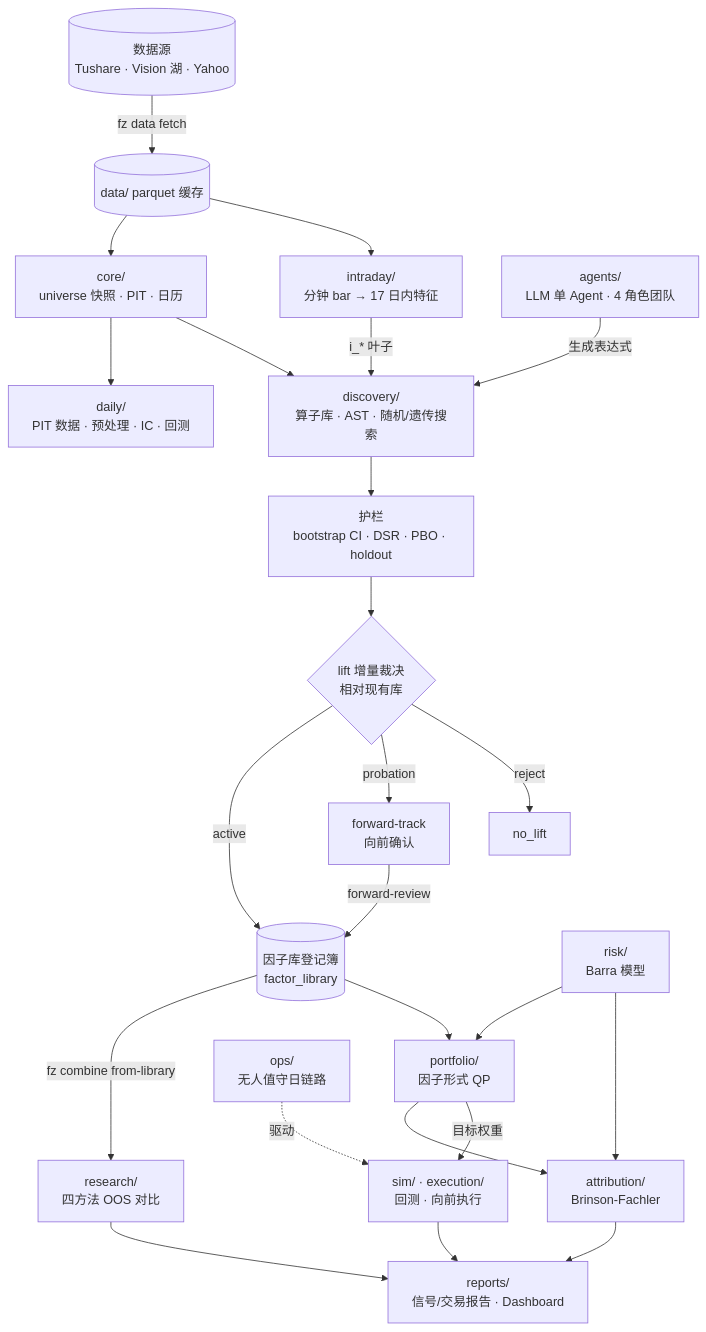
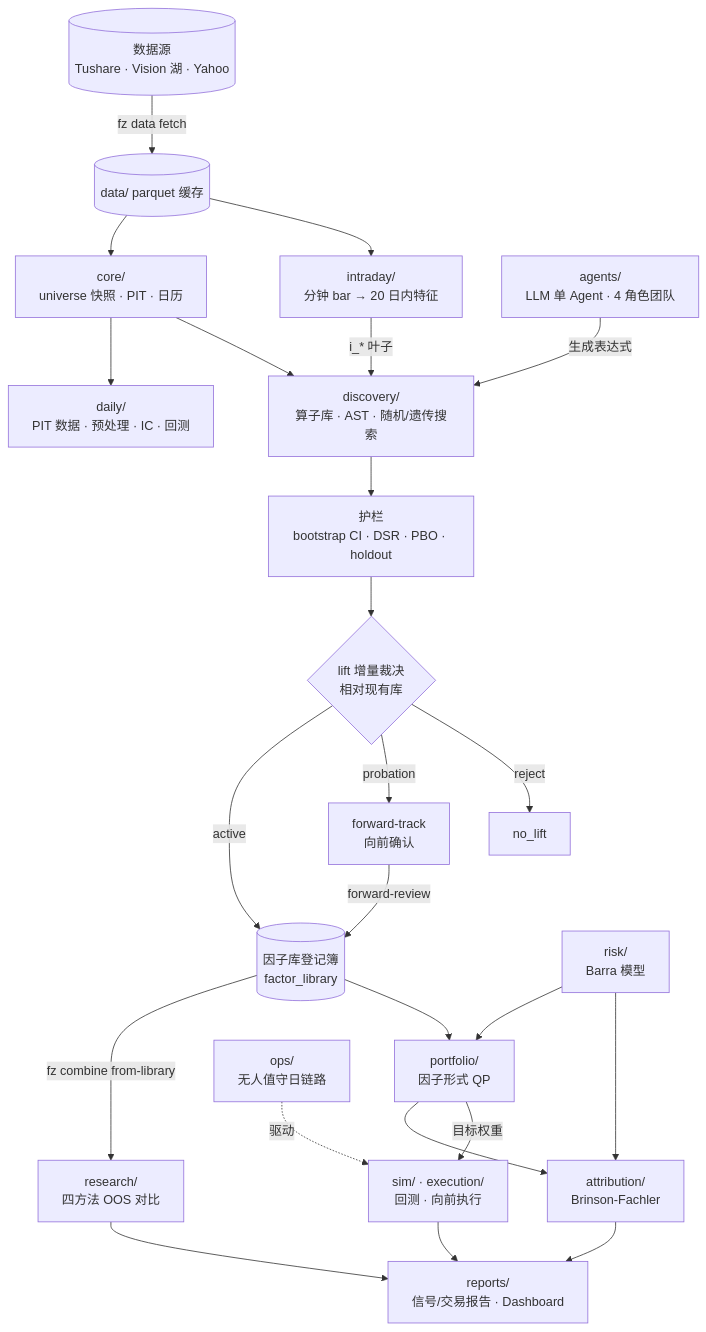
The diagram in docs/concepts/architecture.md (rookiewu417/FactorZen), drawn with Mermaid before and after one commit. The commit also changed other lines of this file and 24 other files, not shown here.

````diff
--- a/docs/concepts/architecture.md
+++ b/docs/concepts/architecture.md
@@ -59,31 +59,31 @@
 ```mermaid
 graph TD
     SRC[("数据源<br/>Tushare · Vision 湖 · Yahoo")] -->|fz data fetch| RAW[("data/ parquet 缓存")]
     RAW --> CORE["core/<br/>universe 快照 · PIT · 日历"]
-    RAW --> INTRA["intraday/<br/>分钟 bar → 17 日内特征"]
+    RAW --> INTRA["intraday/<br/>分钟 bar → 20 日内特征"]
 
     CORE --> DAILY["daily/<br/>PIT 数据 · 预处理 · IC · 回测"]
     INTRA -->|i_* 叶子| DISC
     CORE --> DISC["discovery/<br/>算子库 · AST · 随机/遗传搜索"]
     AGENTS["agents/<br/>LLM 单 Agent · 4 角色团队"] -->|生成表达式| DISC
 
     DISC --> GUARD["护栏<br/>bootstrap CI · DSR · PBO · holdout"]
     GUARD --> LIFT{"lift 增量裁决<br/>相对现有库"}
 
     LIFT -->|active| LIB[("因子库登记簿<br/>factor_library")]
     LIFT -->|probation| FWD["forward-track<br/>向前确认"]
     LIFT -->|reject| X["no_lift"]
     FWD -->|forward-review| LIB
 
     LIB -->|fz combine from-library| RES["research/<br/>四方法 OOS 对比"]
     LIB --> PORT["portfolio/<br/>因子形式 QP"]
     RISK["risk/<br/>Barra 模型"] --> PORT
     RISK --> ATTR["attribution/<br/>Brinson-Fachler"]
     PORT --> ATTR
     PORT -->|目标权重| SIM["sim/ · execution/<br/>回测 · 向前执行"]
 
     SIM --> RPT["reports/<br/>信号/交易报告 · Dashboard"]
     ATTR --> RPT
     RES --> RPT
     OPS["ops/<br/>无人值守日链路"] -.驱动.-> SIM
 ```
````
